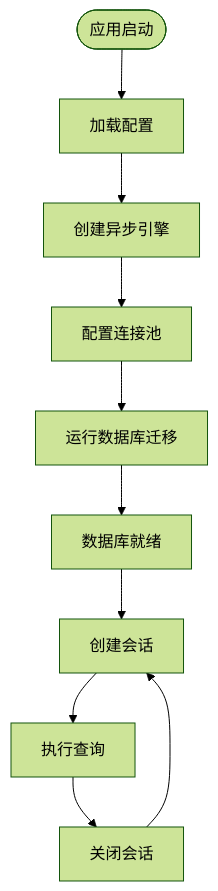
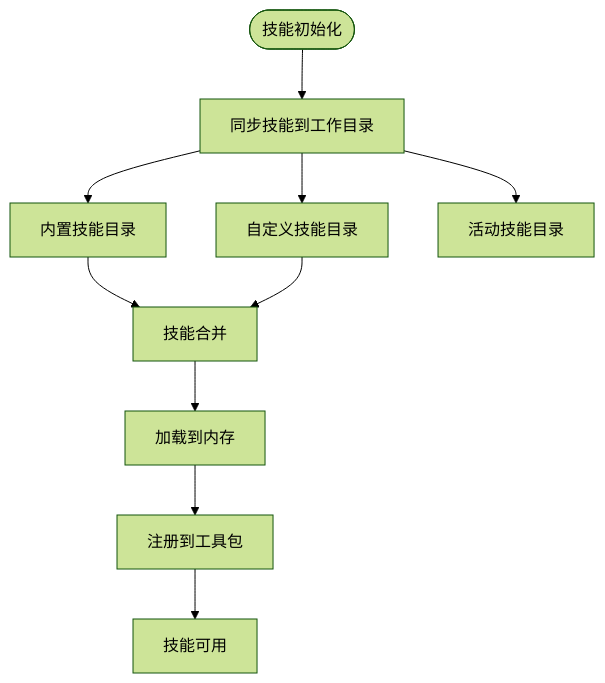
One commit to KunLabAI/KunFlix changed the fourth of 11 diagrams in .qoder/repowiki/zh/content/后台管理系统/提示词模板管理系统.md. Above: the diagram before and after it, drawn with Mermaid (forest theme). The commit also changed other lines of this file and 18 other files, not shown here.

````diff
--- a/.qoder/repowiki/zh/content/后台管理系统/提示词模板管理系统.md
+++ b/.qoder/repowiki/zh/content/后台管理系统/提示词模板管理系统.md
@@ -234,12 +253,12 @@
 ```mermaid
 flowchart TD
-START([应用启动]) --> CONFIG[加载配置]
-CONFIG --> ENGINE[创建异步引擎]
-ENGINE --> POOL[配置连接池]
-POOL --> MIGRATE[运行数据库迁移]
-MIGRATE --> READY[数据库就绪]
-READY --> SESSION[创建会话]
-SESSION --> QUERY[执行查询]
-QUERY --> CLOSE[关闭会话]
-CLOSE --> SESSION
+START([技能初始化]) --> SYNC[同步技能到工作目录]
+SYNC --> BUILTIN[内置技能目录]
+SYNC --> CUSTOMIZED[自定义技能目录]
+SYNC --> ACTIVE[活动技能目录]
+BUILTIN --> MERGE[技能合并]
+CUSTOMIZED --> MERGE
+MERGE --> LOAD[加载到内存]
+LOAD --> REGISTER[注册到工具包]
+REGISTER --> READY[技能可用]
 ```
````
